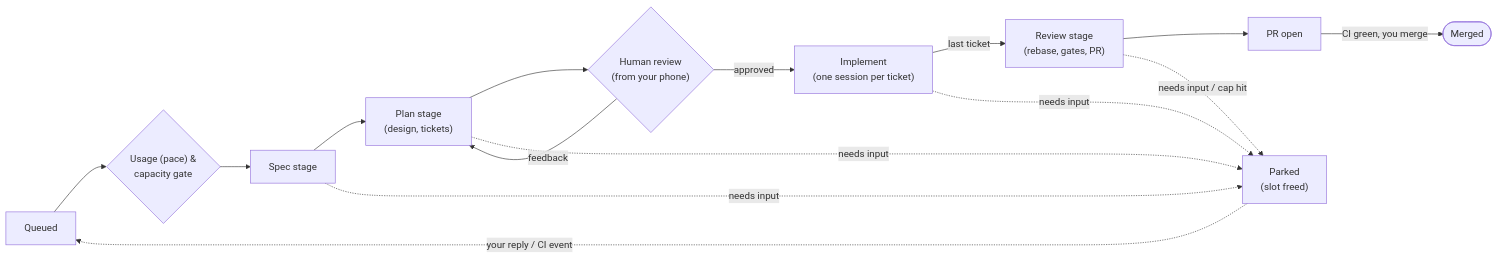
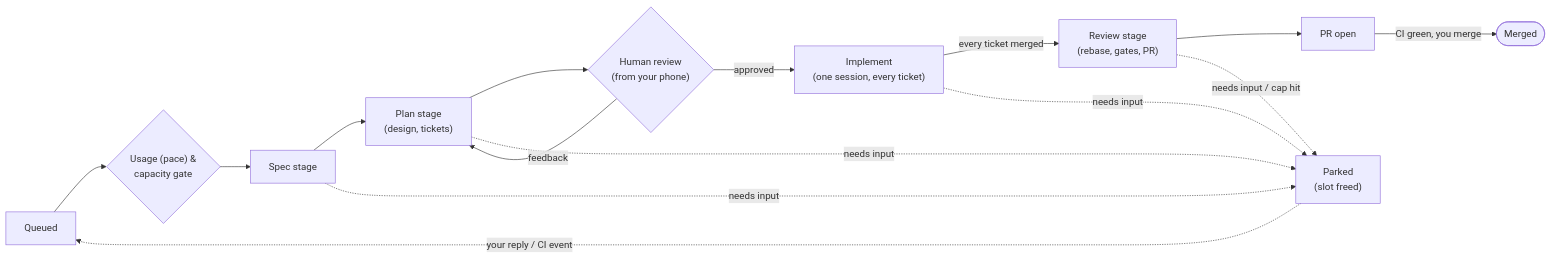
One commit to jesdi/agent-ops changed the second of 2 diagrams in README.md. Above: the diagram before and after it, drawn with Mermaid. The commit also changed other lines of this file and 25 other files, not shown here.

Commit message:
feat(implement): one implement session works every ticket (ticket 05)

````diff
--- a/README.md
+++ b/README.md
@@ -84,18 +84,18 @@
 ```mermaid
 flowchart LR
     queued["Queued"] --> gate{"Usage (pace) &<br/>capacity gate"}
     gate --> spec["Spec stage"]
     spec --> plan["Plan stage<br/>(design, tickets)"]
     plan --> review{"Human review<br/>(from your phone)"}
     review -- feedback --> plan
-    review -- approved --> implement["Implement<br/>(one session per ticket)"]
-    implement -- last ticket --> codereview["Review stage<br/>(rebase, gates, PR)"]
+    review -- approved --> implement["Implement<br/>(one session, every ticket)"]
+    implement -- every ticket merged --> codereview["Review stage<br/>(rebase, gates, PR)"]
     codereview --> pr["PR open"]
     pr -- "CI green, you merge" --> done(["Merged"])
 
     spec -. "needs input" .-> parked["Parked<br/>(slot freed)"]
     plan -. "needs input" .-> parked
     implement -. "needs input" .-> parked
     codereview -. "needs input / cap hit" .-> parked
     parked -. "your reply / CI event" .-> queued
 ```
````
